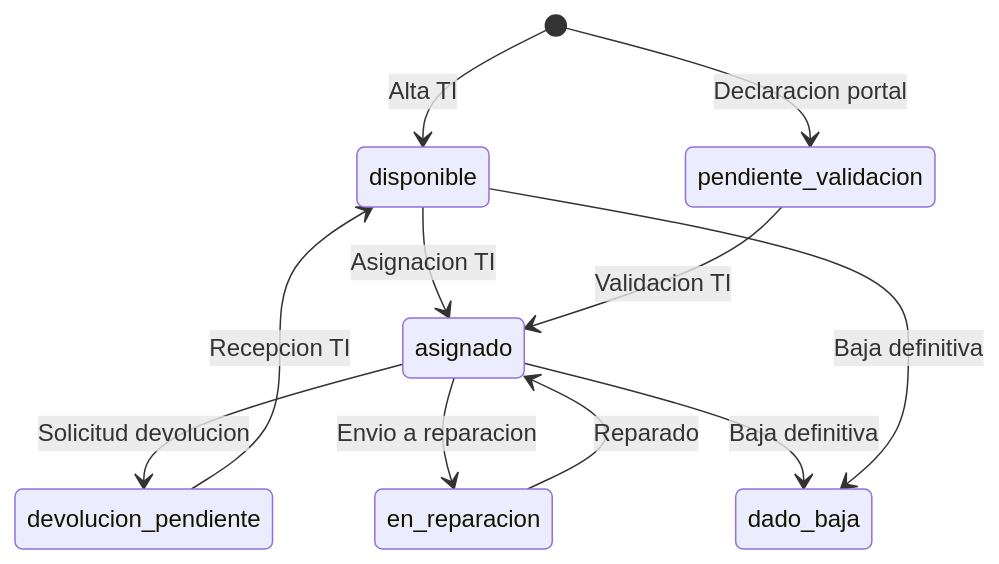
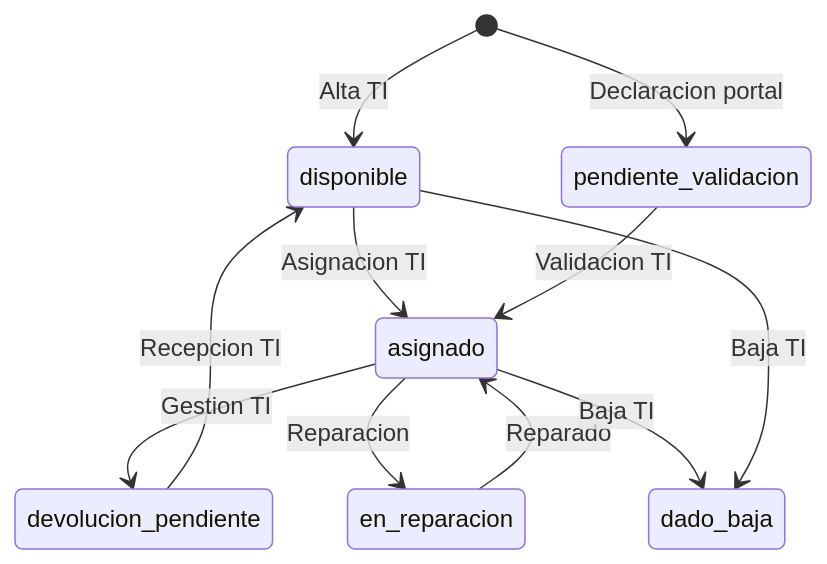
One commit to Monitoring-ti/Validacion_bd changed the diagram in PLAN_ACTIVOS.md. Above: the diagram before and after it, drawn with Mermaid. The commit also changed other lines of this file and 13 other files, not shown here.

````diff
--- a/PLAN_ACTIVOS.md
+++ b/PLAN_ACTIVOS.md
@@ -27,13 +110,13 @@
 ```mermaid
 stateDiagram-v2
     [*] --> disponible: Alta TI
     disponible --> asignado: Asignacion TI
     [*] --> pendiente_validacion: Declaracion portal
     pendiente_validacion --> asignado: Validacion TI
-    asignado --> devolucion_pendiente: Solicitud devolucion
+    asignado --> devolucion_pendiente: Gestion TI
     devolucion_pendiente --> disponible: Recepcion TI
-    asignado --> en_reparacion: Envio a reparacion
+    asignado --> en_reparacion: Reparacion
     en_reparacion --> asignado: Reparado
-    asignado --> dado_baja: Baja definitiva
-    disponible --> dado_baja: Baja definitiva
+    asignado --> dado_baja: Baja TI
+    disponible --> dado_baja: Baja TI
 ```
````
